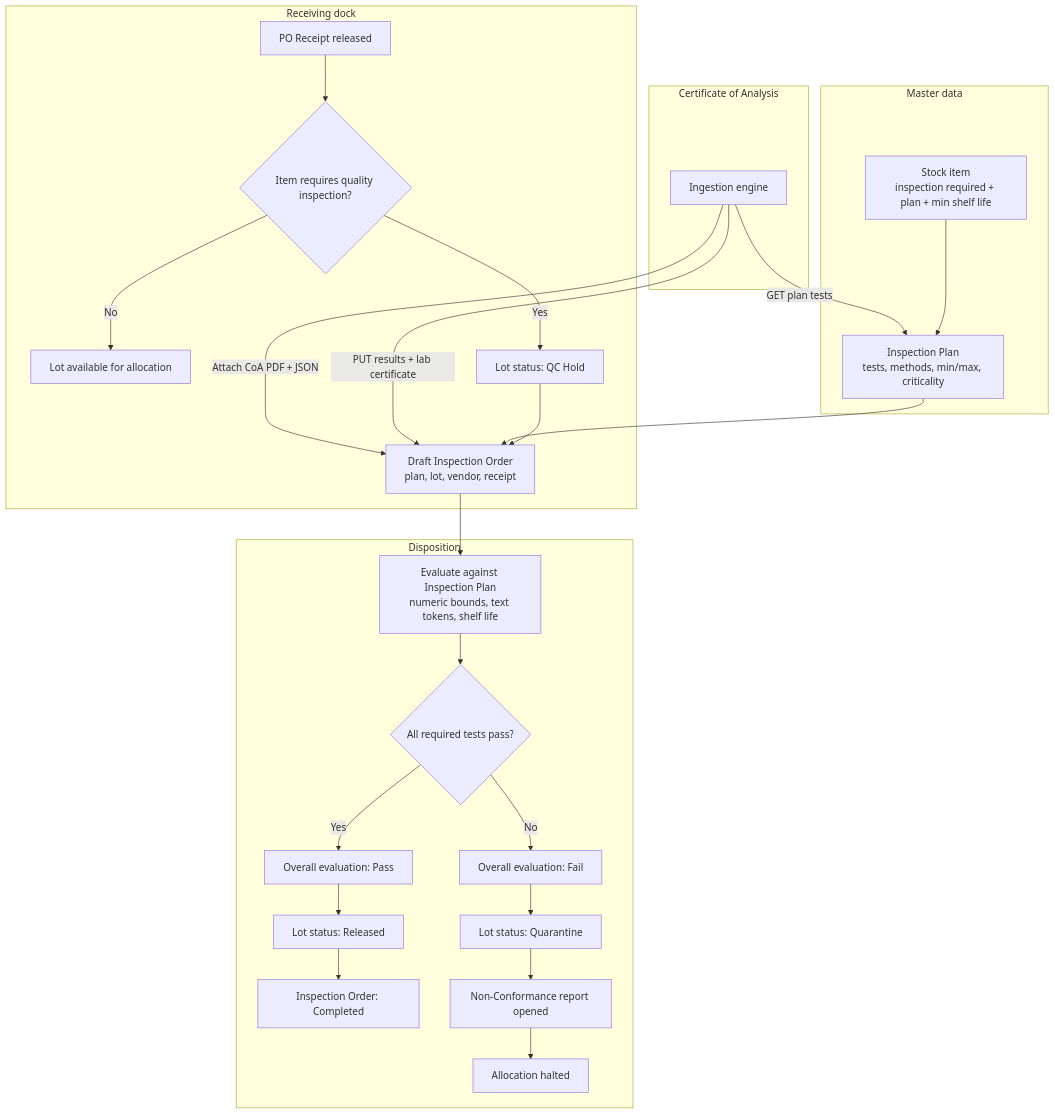
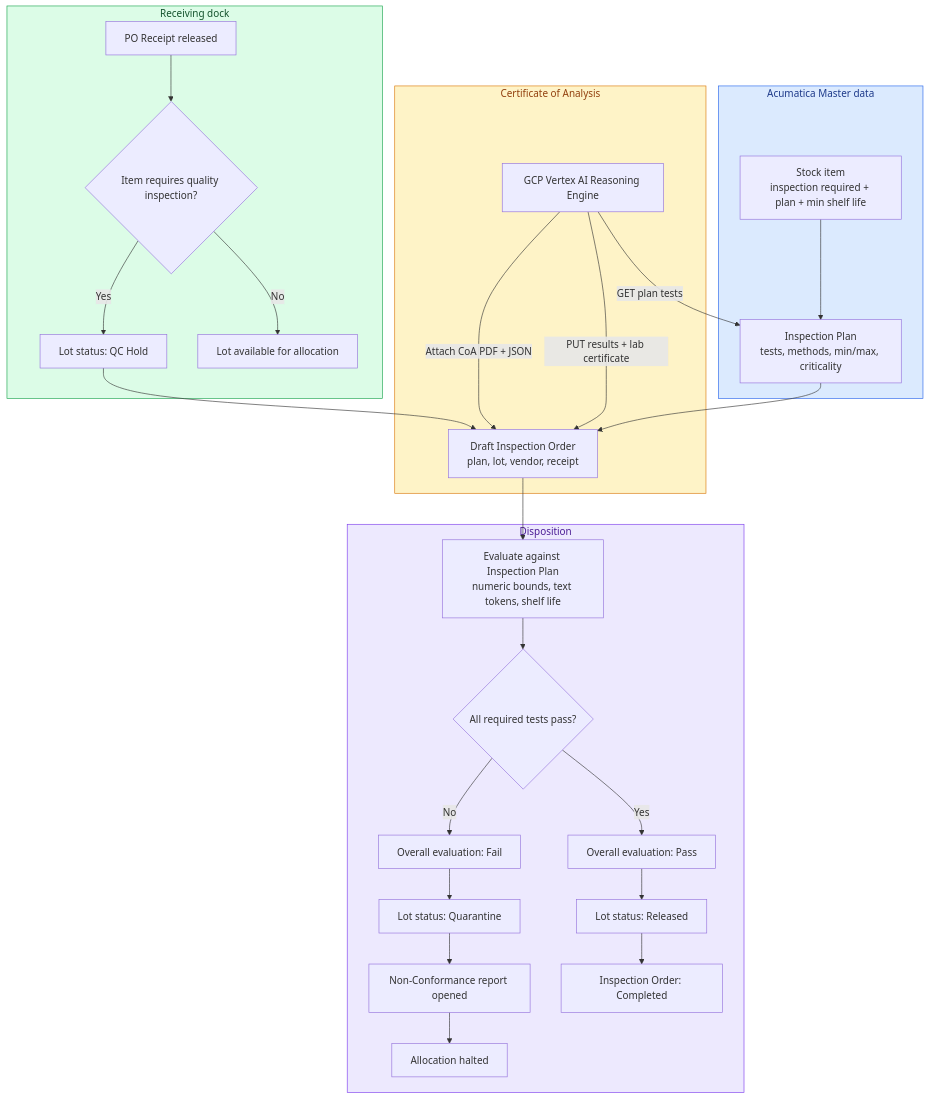
The diagram in README.md (kborovik/acu-custom-qms), drawn with Mermaid before and after one commit. The commit also changed other lines of this file, not shown here.

First line of the commit message:
docs: clarify workflow wording and update architecture diagram

````diff
--- a/README.md
+++ b/README.md
@@ -55,37 +55,42 @@
 ```mermaid
 flowchart TD
-    subgraph master [Master data]
+    subgraph master [Acumatica Master data]
         Plan["Inspection Plan<br/>tests, methods, min/max, criticality"]
         Item["Stock item<br/>inspection required + plan + min shelf life"]
         Item --> Plan
+    end
+
+    subgraph coa [Certificate of Analysis]
+        Engine["GCP Vertex AI Reasoning Engine"]
+        Engine -->|"GET plan tests"| Plan
+        Engine -->|"PUT results + lab certificate"| Draft
+        Engine -->|"Attach CoA PDF + JSON"| Draft
     end
 
     subgraph dock [Receiving dock]
         Rec["PO Receipt released"]
         Rec --> Need{"Item requires quality inspection?"}
         Need -->|No| Free["Lot available for allocation"]
         Need -->|Yes| Hold["Lot status: QC Hold"]
         Hold --> Draft["Draft Inspection Order<br/>plan, lot, vendor, receipt"]
         Plan --> Draft
-    end
-
-    subgraph coa [Certificate of Analysis]
-        Engine["Ingestion engine"]
-        Engine -->|"GET plan tests"| Plan
-        Engine -->|"PUT results + lab certificate"| Draft
-        Engine -->|"Attach CoA PDF + JSON"| Draft
     end
 
     subgraph disposition [Disposition]
         Eval["Evaluate against Inspection Plan<br/>numeric bounds, text tokens, shelf life"]
         Draft --> Eval
         Eval --> Gate{"All required tests pass?"}
         Gate -->|Yes| Pass["Overall evaluation: Pass"]
         Pass --> Rel["Lot status: Released"]
         Rel --> Done["Inspection Order: Completed"]
         Gate -->|No| Fail["Overall evaluation: Fail"]
         Fail --> Quar["Lot status: Quarantine"]
         Quar --> NCR["Non-Conformance report opened"]
         NCR --> Halt["Allocation halted"]
     end
+
+    style master fill:#dbeafe,stroke:#2563eb,color:#1e3a8a
+    style coa fill:#fef3c7,stroke:#d97706,color:#92400e
+    style dock fill:#dcfce7,stroke:#16a34a,color:#14532d
+    style disposition fill:#ede9fe,stroke:#7c3aed,color:#4c1d95
 ```
````
